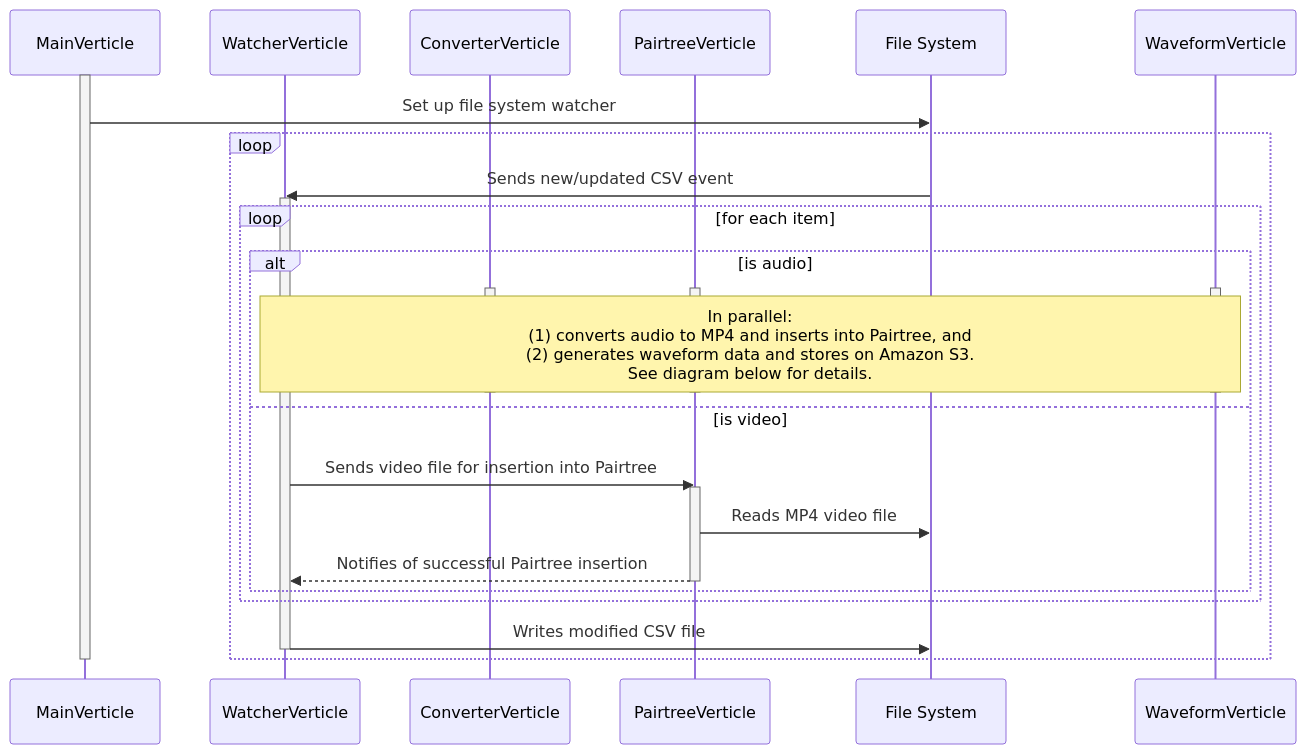
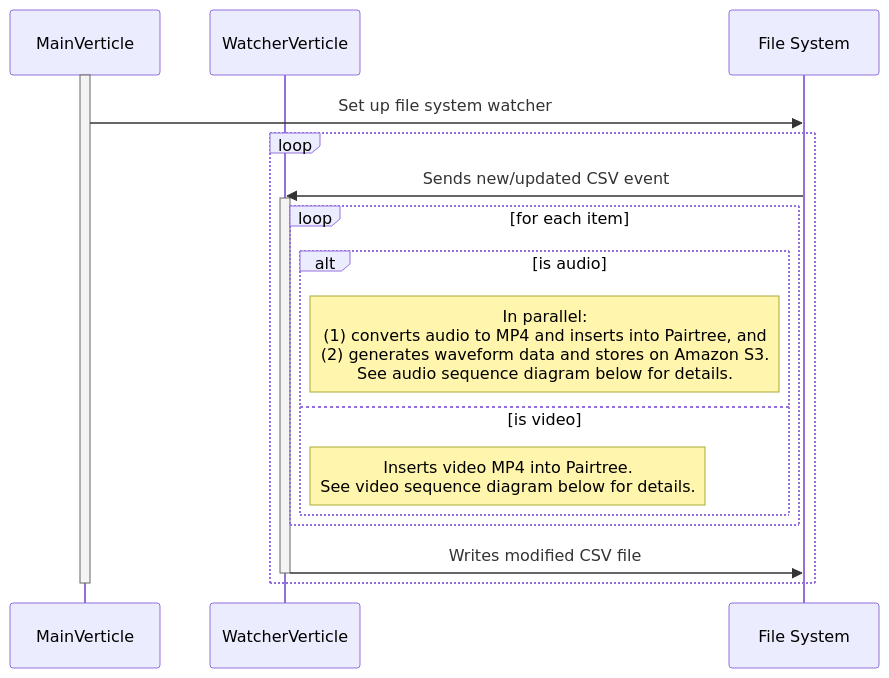
One commit to UCLALibrary/av-pairtree changed the diagram in docs/images/sequence.mermaid. Above: the diagram before and after it, drawn with Mermaid. The commit also changed 6 other files, not shown here.

Commit message:
Move video processing sequence to separate diagram

```diff
--- a/docs/images/sequence.mermaid
+++ b/docs/images/sequence.mermaid
@@ -1,43 +1,27 @@
 sequenceDiagram
 
     participant MainVerticle;
     participant WatcherVerticle;
-    participant ConverterVerticle;
-    participant PairtreeVerticle;
     participant File System;
-    participant WaveformVerticle;
 
     activate MainVerticle
 
     MainVerticle->>File System: Set up file system watcher
 
     loop
         File System->>WatcherVerticle: Sends new/updated CSV event
         activate WatcherVerticle
 
         loop for each item
             alt is audio
-                activate ConverterVerticle
-                activate PairtreeVerticle
-                activate WaveformVerticle
-
-                note over WatcherVerticle,WaveformVerticle: In parallel:<br>(1) converts audio to MP4 and inserts into Pairtree, and<br>(2) generates waveform data and stores on Amazon S3.<br>See diagram below for details.
-
-                deactivate ConverterVerticle
-                deactivate PairtreeVerticle
-                deactivate WaveformVerticle
+                note right of WatcherVerticle: In parallel:<br>(1) converts audio to MP4 and inserts into Pairtree, and<br>(2) generates waveform data and stores on Amazon S3.<br>See audio sequence diagram below for details.
             else is video
-                WatcherVerticle->>PairtreeVerticle: Sends video file for insertion into Pairtree
-                activate PairtreeVerticle
-
-                PairtreeVerticle->>File System: Reads MP4 video file
-                PairtreeVerticle-->>WatcherVerticle: Notifies of successful Pairtree insertion
-                deactivate PairtreeVerticle
+                note right of WatcherVerticle: Inserts video MP4 into Pairtree.<br>See video sequence diagram below for details.
             end
         end
 
         WatcherVerticle->>File System: Writes modified CSV file
         deactivate WatcherVerticle
     end
 
     deactivate MainVerticle
```
